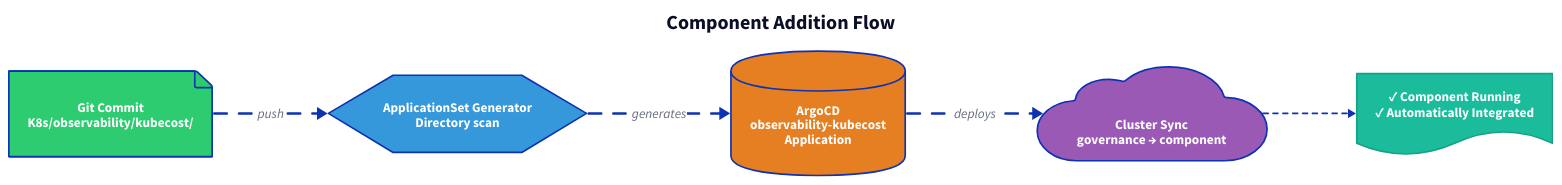
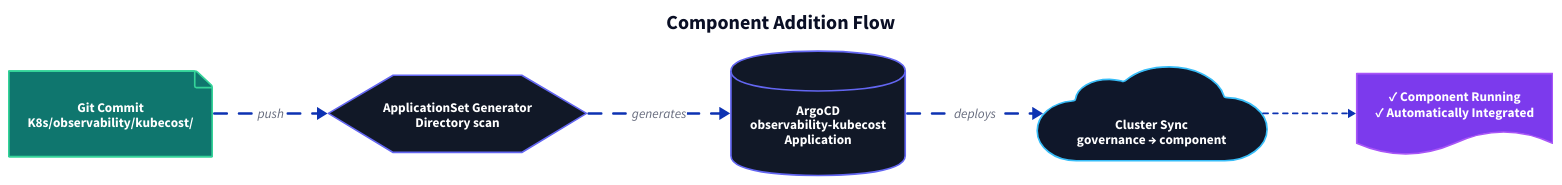
One commit to rou-cru/idp-blueprint changed the diagram in Docs/src/content/docs/assets/diagrams/operate/add-component-flow.d2. Above: the diagram before and after it, drawn with D2. The commit also changed 11 other files, not shown here.

Commit message:
feat: introduce new D2 architecture and operational diagrams, standardize D2 styling with classes, and add a D2 rendering script.

```diff
--- a/Docs/src/content/docs/assets/diagrams/operate/add-component-flow.d2
+++ b/Docs/src/content/docs/assets/diagrams/operate/add-component-flow.d2
@@ -1,96 +1,105 @@
 direction: right
+
+classes: {
+  control: {
+    style: {
+      fill: "#111827"
+      stroke: "#6366f1"
+      font-color: white
+    }
+  }
+  infra: {
+    style: {
+      fill: "#0f172a"
+      stroke: "#38bdf8"
+      font-color: white
+    }
+  }
+  data: {
+    style: {
+      fill: "#0f766e"
+      stroke: "#34d399"
+      font-color: white
+    }
+  }
+  workload: {
+    style: {
+      fill: "#7c3aed"
+      stroke: "#a855f7"
+      font-color: white
+    }
+  }
+}
 
 title: {
   label: "Component Addition Flow"
   near: top-center
   shape: text
   style: {
     font-size: 24
     bold: true
   }
 }
 
 # Git Commit
 git: {
+  class: data
   shape: page
   label: "Git Commit\nK8s/observability/kubecost/"
-  style: {
-    fill: "#2ecc71"
-    font-color: white
-    bold: true
-  }
 }
 
 # ApplicationSet Detection
 appset: {
+  class: control
   shape: hexagon
   label: "ApplicationSet Generator\nDirectory scan"
-  style: {
-    fill: "#3498db"
-    font-color: white
-    bold: true
-  }
 }
 
 # Application Creation
 argocd: {
+  class: control
   shape: cylinder
   label: "ArgoCD\nobservability-kubecost\nApplication"
-  style: {
-    fill: "#e67e22"
-    font-color: white
-    bold: true
-  }
 }
 
 # Sync & Deploy
 cluster: {
+  class: infra
   shape: cloud
   label: "Cluster Sync\ngovernance → component"
-  style: {
-    fill: "#9b59b6"
-    font-color: white
-    bold: true
-  }
 }
 
 # Connections with labels
 git -> appset: "push" {
   style: {
     stroke-width: 3
     animated: true
   }
 }
 
 appset -> argocd: "generates" {
   style: {
     stroke-width: 3
     animated: true
   }
 }
 
 argocd -> cluster: "deploys" {
   style: {
     stroke-width: 3
     animated: true
   }
 }
 
 # Result indicator
 result: {
+  class: workload
   shape: document
   label: "✓ Component Running\n✓ Automatically Integrated"
-  style: {
-    fill: "#1abc9c"
-    font-color: white
-    bold: true
-    stroke: "#16a085"
-    stroke-width: 2
-  }
 }
 
 cluster -> result: {
   style: {
     stroke-dash: 3
   }
 }
```
